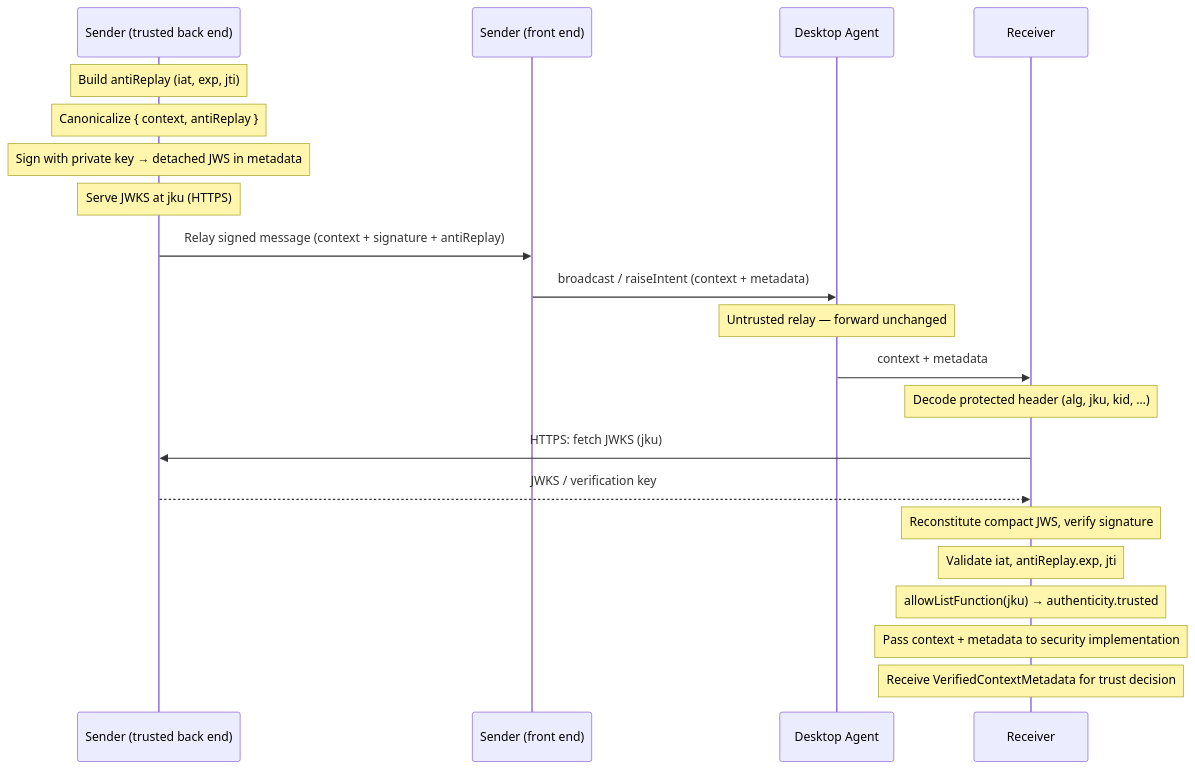
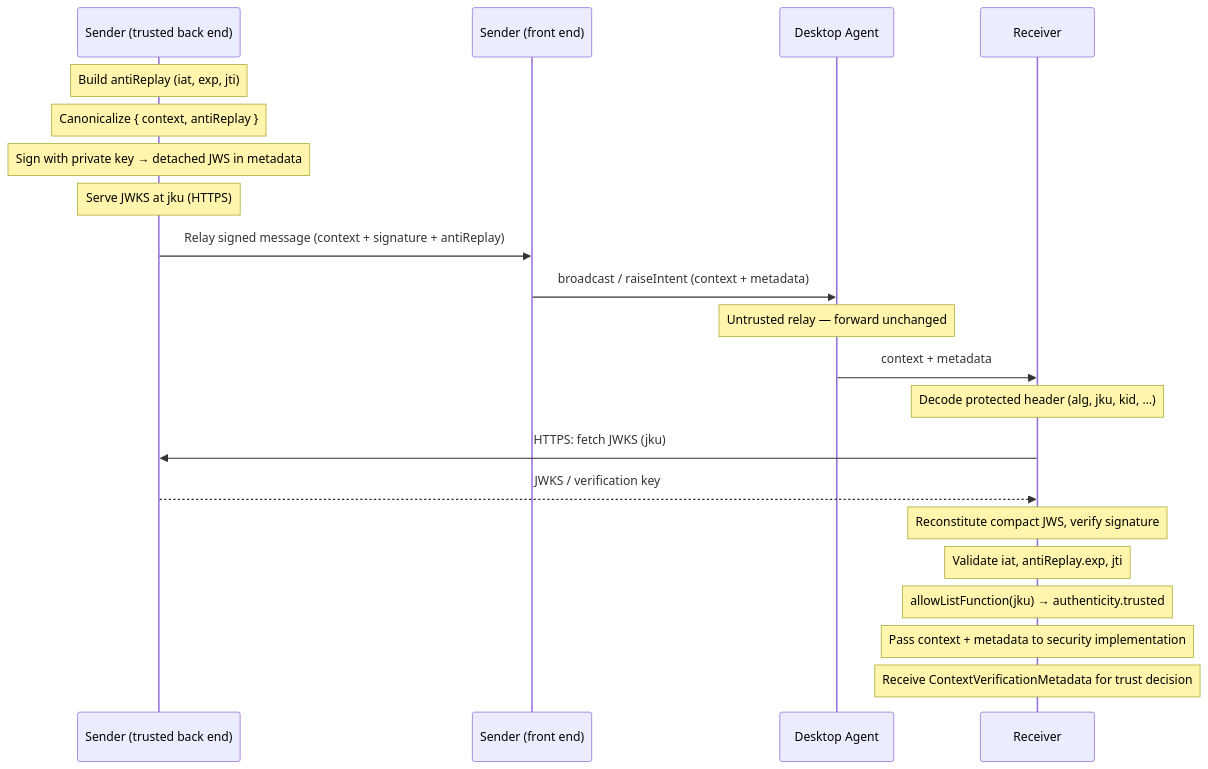
The third of 5 diagrams in website/docs/api/security.md (finos/FDC3), drawn with Mermaid before and after one commit. The commit also changed other lines of this file and 21 other files, not shown here.

Commit message:
Improving reader comprehension by changing VerifiedContextMetadata to ContextVerificationMetadata and adding documentation throughout fdc3-security

````diff
--- a/website/docs/api/security.md
+++ b/website/docs/api/security.md
@@ -338,28 +338,28 @@
 ```mermaid
 sequenceDiagram
     participant SBE as Sender (trusted back end)
     participant SFE as Sender (front end)
     participant DA as Desktop Agent
     participant R as Receiver
 
     Note over SBE: Build antiReplay (iat, exp, jti)
     Note over SBE: Canonicalize { context, antiReplay }
     Note over SBE: Sign with private key → detached JWS in metadata
     Note over SBE: Serve JWKS at jku (HTTPS)
 
     SBE->>SFE: Relay signed message (context + signature + antiReplay)
     SFE->>DA: broadcast / raiseIntent (context + metadata)
     Note over DA: Untrusted relay — forward unchanged
     DA->>R: context + metadata
 
     Note over R: Decode protected header (alg, jku, kid, …)
     R->>SBE: HTTPS: fetch JWKS (jku)
     SBE-->>R: JWKS / verification key
 
     Note over R: Reconstitute compact JWS, verify signature
     Note over R: Validate iat, antiReplay.exp, jti
     Note over R: allowListFunction(jku) → authenticity.trusted
 
     Note over R: Pass context + metadata to security implementation
-    Note over R: Receive VerifiedContextMetadata for trust decision
+    Note over R: Receive ContextVerificationMetadata for trust decision
 ```
````
